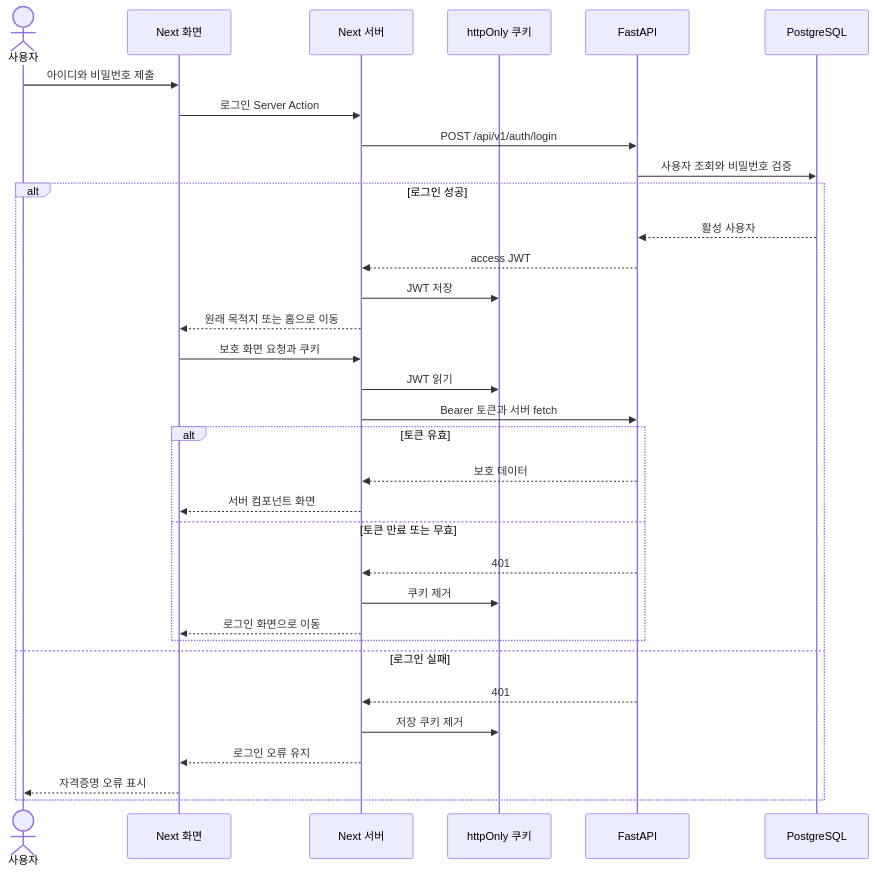
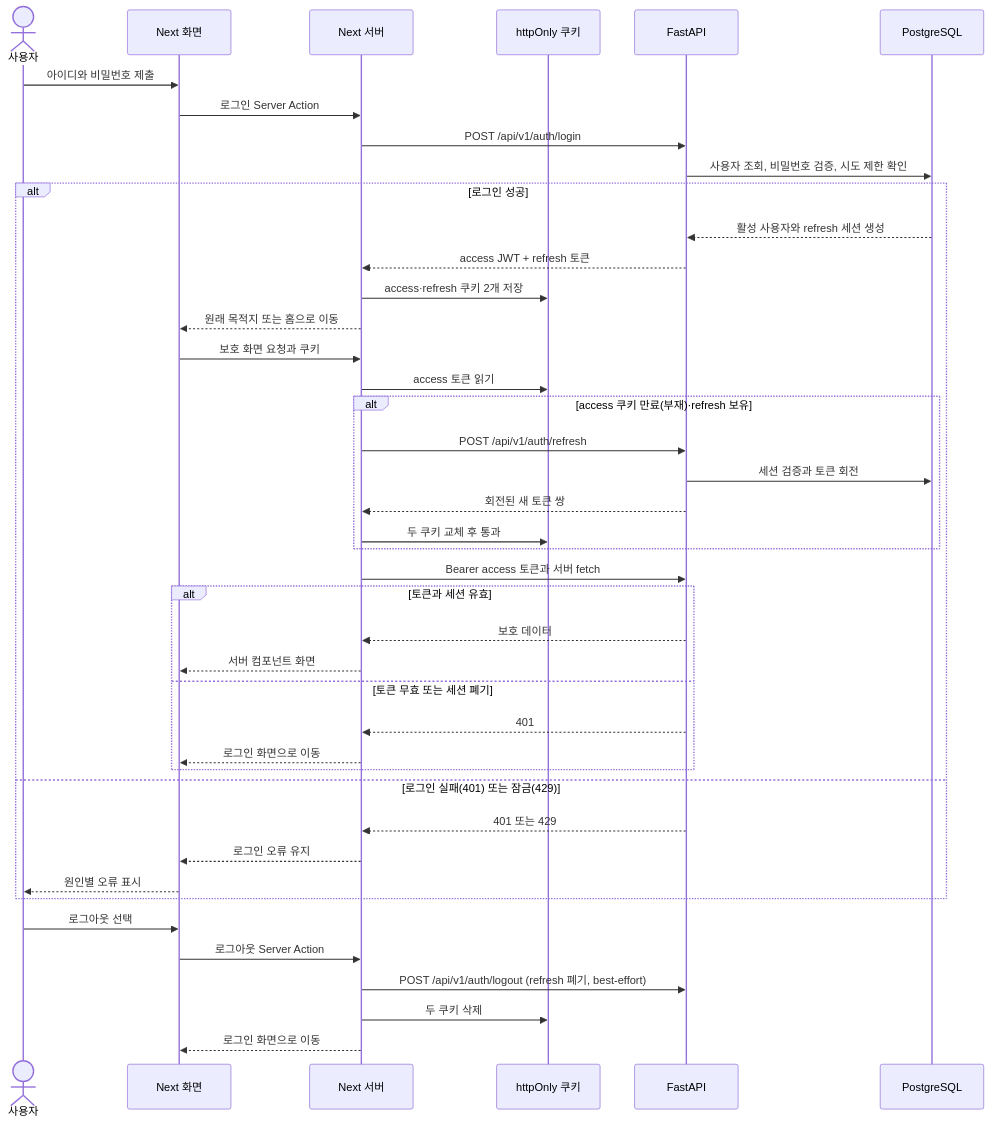
The second of 4 diagrams in skeleton/README.md (al8bright/fastapi-nextjs-pg-starter), drawn with Mermaid before and after one commit. The commit also changed other lines of this file and 8 other files, not shown here.

````diff
--- a/skeleton/README.md
+++ b/skeleton/README.md
@@ -114,36 +114,45 @@
 ```mermaid
 sequenceDiagram
     actor User as 사용자
     participant UI as Next 화면
     participant Next as Next 서버
     participant Cookie as httpOnly 쿠키
     participant API as FastAPI
     participant DB as PostgreSQL
 
     User->>UI: 아이디와 비밀번호 제출
     UI->>Next: 로그인 Server Action
     Next->>API: POST /api/v1/auth/login
-    API->>DB: 사용자 조회와 비밀번호 검증
+    API->>DB: 사용자 조회, 비밀번호 검증, 시도 제한 확인
     alt 로그인 성공
-        DB-->>API: 활성 사용자
-        API-->>Next: access JWT
-        Next->>Cookie: JWT 저장
+        DB-->>API: 활성 사용자와 refresh 세션 생성
+        API-->>Next: access JWT + refresh 토큰
+        Next->>Cookie: access·refresh 쿠키 2개 저장
         Next-->>UI: 원래 목적지 또는 홈으로 이동
         UI->>Next: 보호 화면 요청과 쿠키
-        Next->>Cookie: JWT 읽기
-        Next->>API: Bearer 토큰과 서버 fetch
-        alt 토큰 유효
+        Next->>Cookie: access 토큰 읽기
+        alt access 쿠키 만료(부재)·refresh 보유
+            Next->>API: POST /api/v1/auth/refresh
+            API->>DB: 세션 검증과 토큰 회전
+            API-->>Next: 회전된 새 토큰 쌍
+            Next->>Cookie: 두 쿠키 교체 후 통과
+        end
+        Next->>API: Bearer access 토큰과 서버 fetch
+        alt 토큰과 세션 유효
             API-->>Next: 보호 데이터
             Next-->>UI: 서버 컴포넌트 화면
-        else 토큰 만료 또는 무효
+        else 토큰 무효 또는 세션 폐기
             API-->>Next: 401
-            Next->>Cookie: 쿠키 제거
             Next-->>UI: 로그인 화면으로 이동
         end
-    else 로그인 실패
-        API-->>Next: 401
-        Next->>Cookie: 저장 쿠키 제거
+    else 로그인 실패(401) 또는 잠금(429)
+        API-->>Next: 401 또는 429
         Next-->>UI: 로그인 오류 유지
-        UI-->>User: 자격증명 오류 표시
+        UI-->>User: 원인별 오류 표시
     end
+    User->>UI: 로그아웃 선택
+    UI->>Next: 로그아웃 Server Action
+    Next->>API: POST /api/v1/auth/logout (refresh 폐기, best-effort)
+    Next->>Cookie: 두 쿠키 삭제
+    Next-->>UI: 로그인 화면으로 이동
 ```
````
